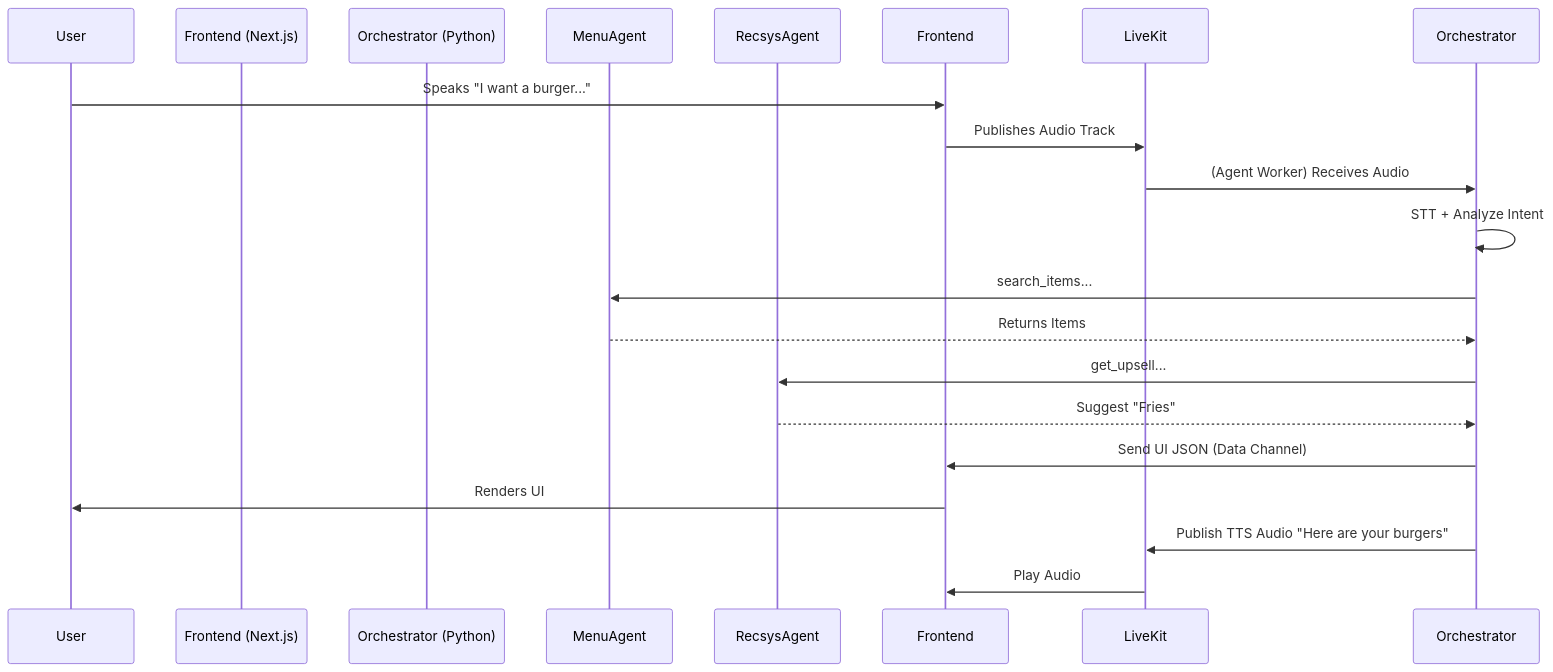
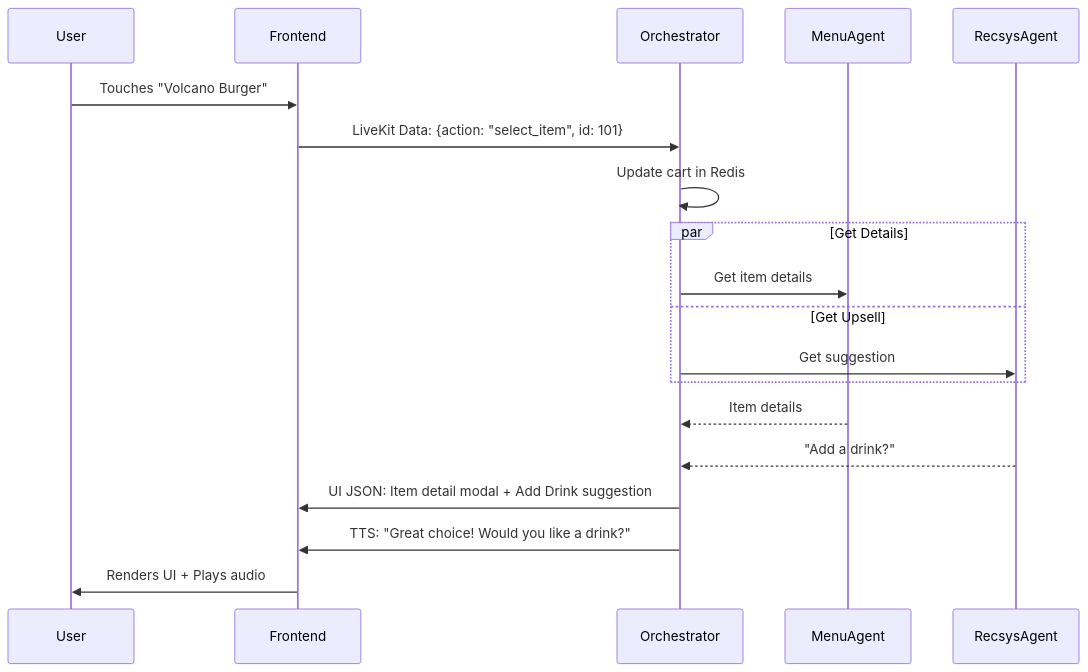
Before and after one commit to smohantty/kiosk: the fifth of 7 diagrams in doc/03_component_design.md, drawn with Mermaid. The commit also changed other lines of this file and 2 other files, not shown here.

First line of the commit message:
docs: enhance architecture documentation with diagrams, security, and tech stack details

````diff
--- a/doc/03_component_design.md
+++ b/doc/03_component_design.md
@@ -85,24 +406,25 @@
 ```mermaid
 sequenceDiagram
-    participant User
-    participant Frontend (Next.js)
-    participant Orchestrator (Python)
-    participant MenuAgent
-    participant RecsysAgent
-
-    User->>Frontend: Speaks "I want a burger..."
-    Frontend->>LiveKit: Publishes Audio Track
-    LiveKit->>Orchestrator: (Agent Worker) Receives Audio
-    Orchestrator->>Orchestrator: STT + Analyze Intent
+    participant U as User
+    participant F as Frontend
+    participant O as Orchestrator
+    participant M as MenuAgent
+    participant R as RecsysAgent
     
-    Orchestrator->>MenuAgent: search_items...
-    MenuAgent-->>Orchestrator: Returns Items
+    U->>F: Touches "Volcano Burger"
+    F->>O: LiveKit Data: {action: "select_item", id: 101}
+    O->>O: Update cart in Redis
     
-    Orchestrator->>RecsysAgent: get_upsell...
-    RecsysAgent-->>Orchestrator: Suggest "Fries"
-
-    Orchestrator->>Frontend: Send UI JSON (Data Channel)
-    Frontend->>User: Renders UI
-    Orchestrator->>LiveKit: Publish TTS Audio "Here are your burgers"
-    LiveKit->>Frontend: Play Audio
+    par Get Details
+        O->>M: Get item details
+    and Get Upsell
+        O->>R: Get suggestion
+    end
+    
+    M-->>O: Item details
+    R-->>O: "Add a drink?"
+    
+    O->>F: UI JSON: Item detail modal + Add Drink suggestion
+    O->>F: TTS: "Great choice! Would you like a drink?"
+    F->>U: Renders UI + Plays audio
 ```
````
